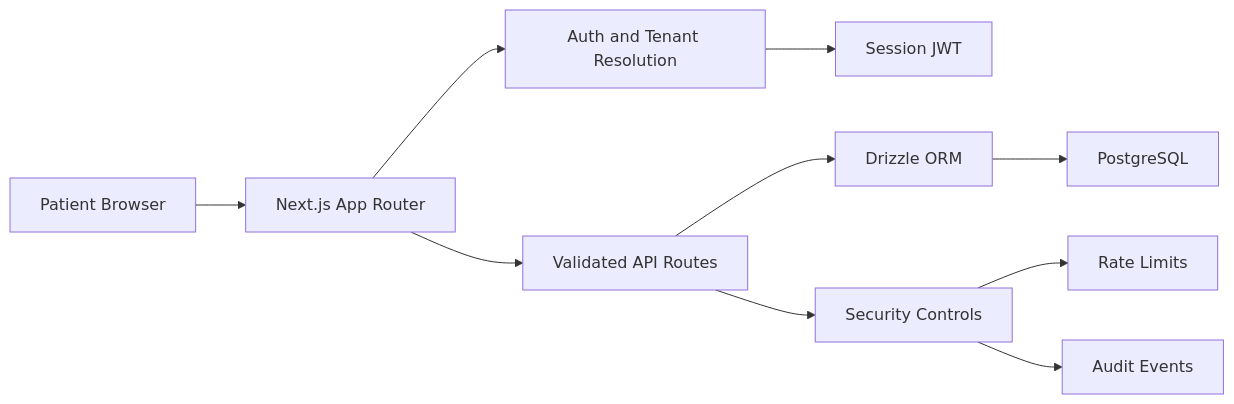
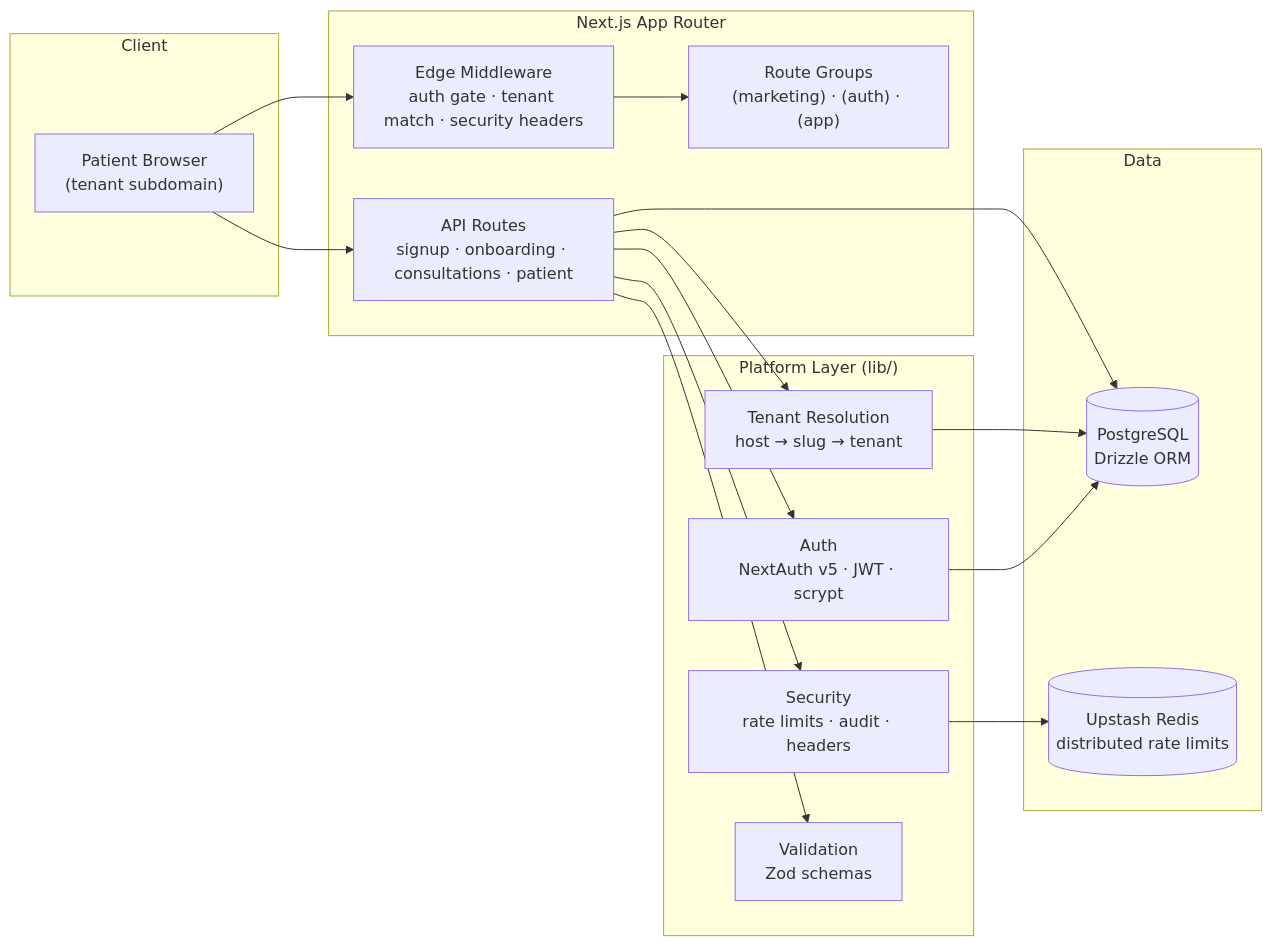
Before and after one commit to DerMayer1/Vela: the first of 6 diagrams in README.md, drawn with Mermaid. The commit also changed other lines of this file and 7 other files, not shown here.

First line of the commit message:
docs: portfolio-grade README with architecture diagrams and product screenshots

````diff
--- a/README.md
+++ b/README.md
@@ -90,12 +76,32 @@
 ```mermaid
 flowchart LR
-    A["Patient Browser"] --> B["Next.js App Router"]
-    B --> C["Auth and Tenant Resolution"]
-    B --> D["Validated API Routes"]
-    C --> E["Session JWT"]
-    D --> F["Drizzle ORM"]
-    F --> G["PostgreSQL"]
-    D --> H["Security Controls"]
-    H --> I["Rate Limits"]
-    H --> J["Audit Events"]
+    subgraph Client
+        A["Patient Browser<br/>(tenant subdomain)"]
+    end
+
+    subgraph "Next.js App Router"
+        B["Edge Middleware<br/>auth gate · tenant match · security headers"]
+        C["Route Groups<br/>(marketing) · (auth) · (app)"]
+        D["API Routes<br/>signup · onboarding · consultations · patient"]
+    end
+
+    subgraph "Platform Layer (lib/)"
+        E["Auth<br/>NextAuth v5 · JWT · scrypt"]
+        F["Tenant Resolution<br/>host → slug → tenant"]
+        G["Security<br/>rate limits · audit · headers"]
+        H["Validation<br/>Zod schemas"]
+    end
+
+    subgraph Data
+        I[("PostgreSQL<br/>Drizzle ORM")]
+        J[("Upstash Redis<br/>distributed rate limits")]
+    end
+
+    A --> B --> C
+    A --> D
+    D --> E & F & G & H
+    E --> I
+    F --> I
+    D --> I
+    G --> J
 ```
````
